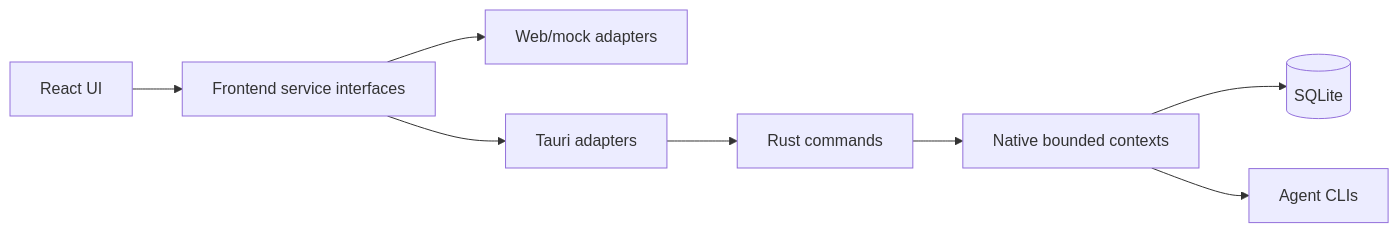
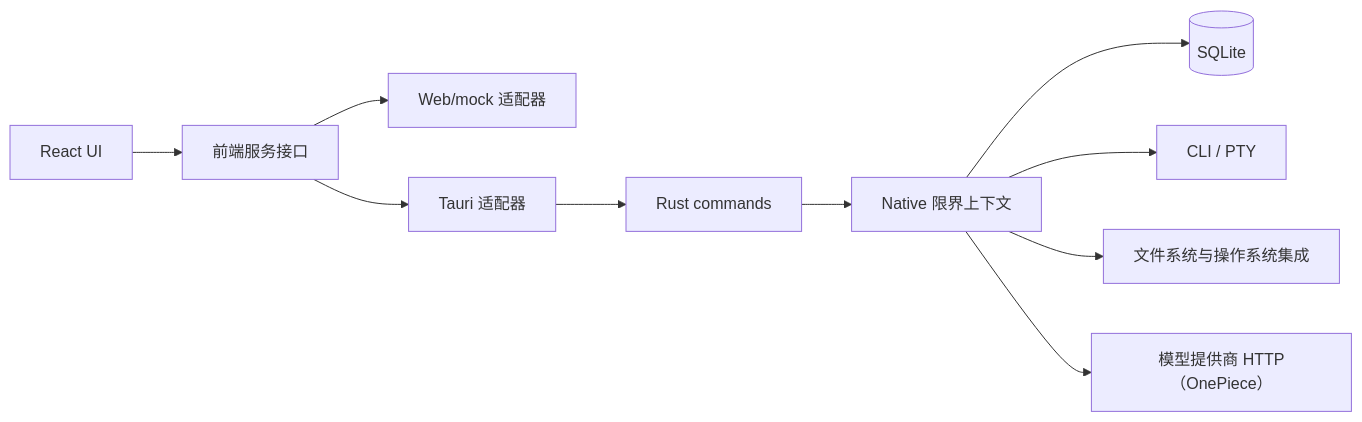
One commit to cdavid817/vanehub-ai changed the diagram in README.zh-CN.md. Above: the diagram before and after it, drawn with Mermaid. The commit also changed other lines of this file and 80 other files, not shown here.

````diff
--- a/README.zh-CN.md
+++ b/README.zh-CN.md
@@ -111,10 +160,12 @@
 ```mermaid
 flowchart LR
-  UI[React UI] --> Service[Frontend service interfaces]
-  Service --> Web[Web/mock adapters]
-  Service --> Tauri[Tauri adapters]
+  UI[React UI] --> Service[前端服务接口]
+  Service --> Web[Web/mock 适配器]
+  Service --> Tauri[Tauri 适配器]
   Tauri --> Commands[Rust commands]
-  Commands --> Contexts[Native bounded contexts]
+  Commands --> Contexts[Native 限界上下文]
   Contexts --> SQLite[(SQLite)]
-  Contexts --> CLI[Agent CLIs]
+  Contexts --> CLI[CLI / PTY]
+  Contexts --> FS[文件系统与操作系统集成]
+  Contexts --> HTTP[模型提供商 HTTP（OnePiece）]
 ```
````
